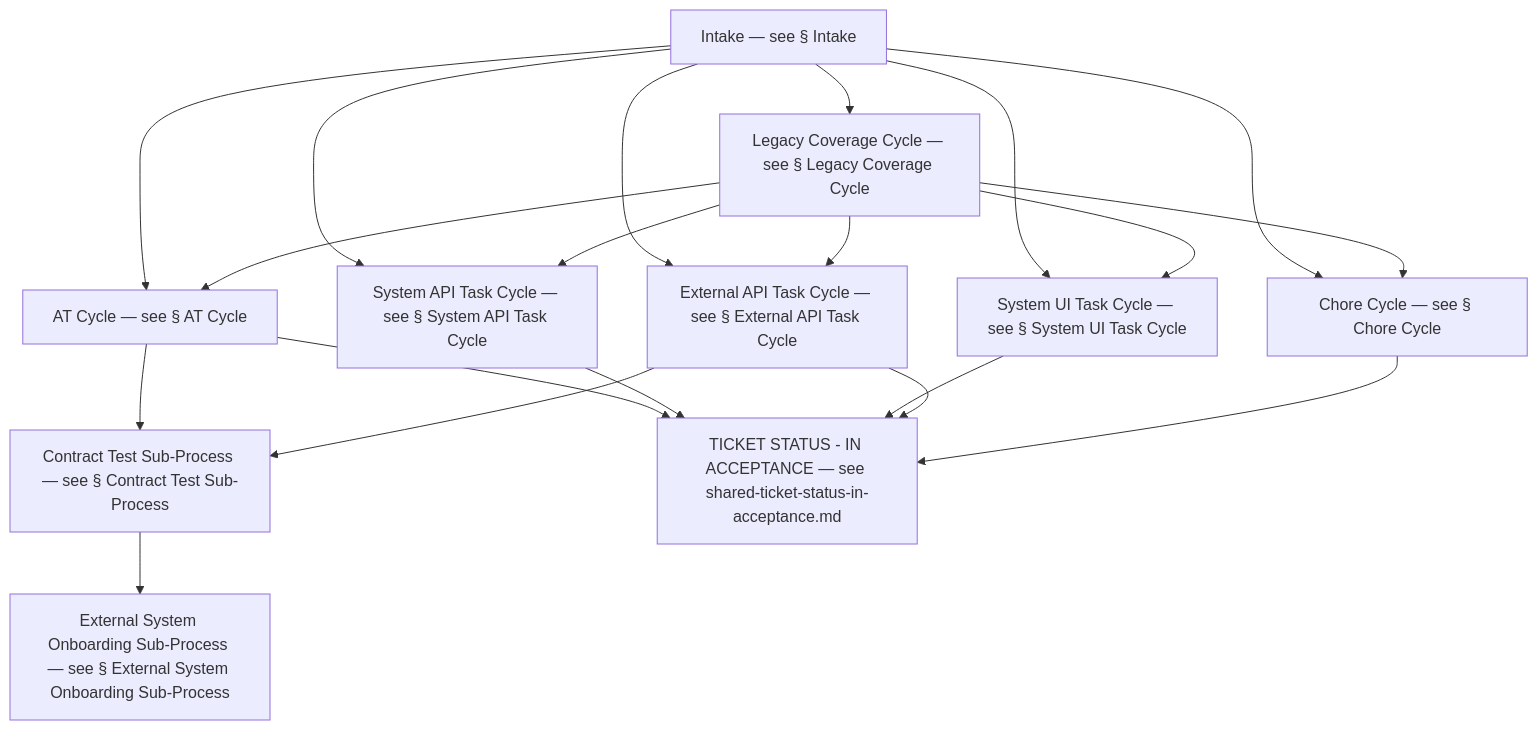
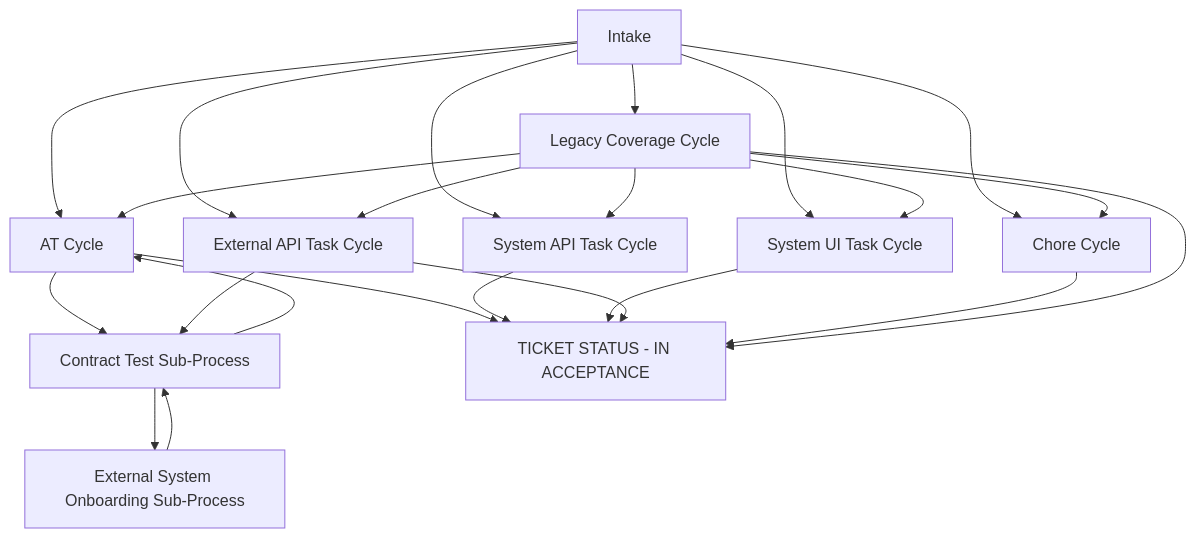
The first of 10 diagrams in docs/atdd/process/diagram-process.md (optivem/starter), drawn with Mermaid before and after one commit. The commit also changed other lines of this file and 19 other files, not shown here.

````diff
--- a/docs/atdd/process/diagram-process.md
+++ b/docs/atdd/process/diagram-process.md
@@ -26,33 +26,36 @@
 ```mermaid
 flowchart TD
-    INTAKE[Intake — see § Intake]
-    LEGACY[Legacy Coverage Cycle — see § Legacy Coverage Cycle]
-    AT[AT Cycle — see § AT Cycle]
-    CT[Contract Test Sub-Process — see § Contract Test Sub-Process]
-    ONBOARD[External System Onboarding Sub-Process — see § External System Onboarding Sub-Process]
-    SYS_API[System API Task Cycle — see § System API Task Cycle]
-    SYS_UI[System UI Task Cycle — see § System UI Task Cycle]
-    EXT_API[External API Task Cycle — see § External API Task Cycle]
-    CHORE[Chore Cycle — see § Chore Cycle]
-    IN_ACCEPTANCE[TICKET STATUS - IN ACCEPTANCE — see shared-ticket-status-in-acceptance.md]
+    INTAKE[Intake]
+    LEGACY[Legacy Coverage Cycle]
+    AT[AT Cycle]
+    SYS_API[System API Task Cycle]
+    SYS_UI[System UI Task Cycle]
+    EXT_API[External API Task Cycle]
+    CHORE[Chore Cycle]
+    CT[Contract Test Sub-Process]
+    ONBOARD[External System Onboarding Sub-Process]
+    IN_ACCEPTANCE[TICKET STATUS - IN ACCEPTANCE]
 
     INTAKE --> LEGACY
     INTAKE --> AT
     INTAKE --> SYS_API
     INTAKE --> SYS_UI
     INTAKE --> EXT_API
     INTAKE --> CHORE
     LEGACY --> AT
     LEGACY --> SYS_API
     LEGACY --> SYS_UI
     LEGACY --> EXT_API
     LEGACY --> CHORE
     AT --> CT
+    CT --> AT
     EXT_API --> CT
     CT --> ONBOARD
+    ONBOARD --> CT
     AT --> IN_ACCEPTANCE
     SYS_API --> IN_ACCEPTANCE
     SYS_UI --> IN_ACCEPTANCE
     EXT_API --> IN_ACCEPTANCE
     CHORE --> IN_ACCEPTANCE
+    LEGACY --> IN_ACCEPTANCE
 ```
````
